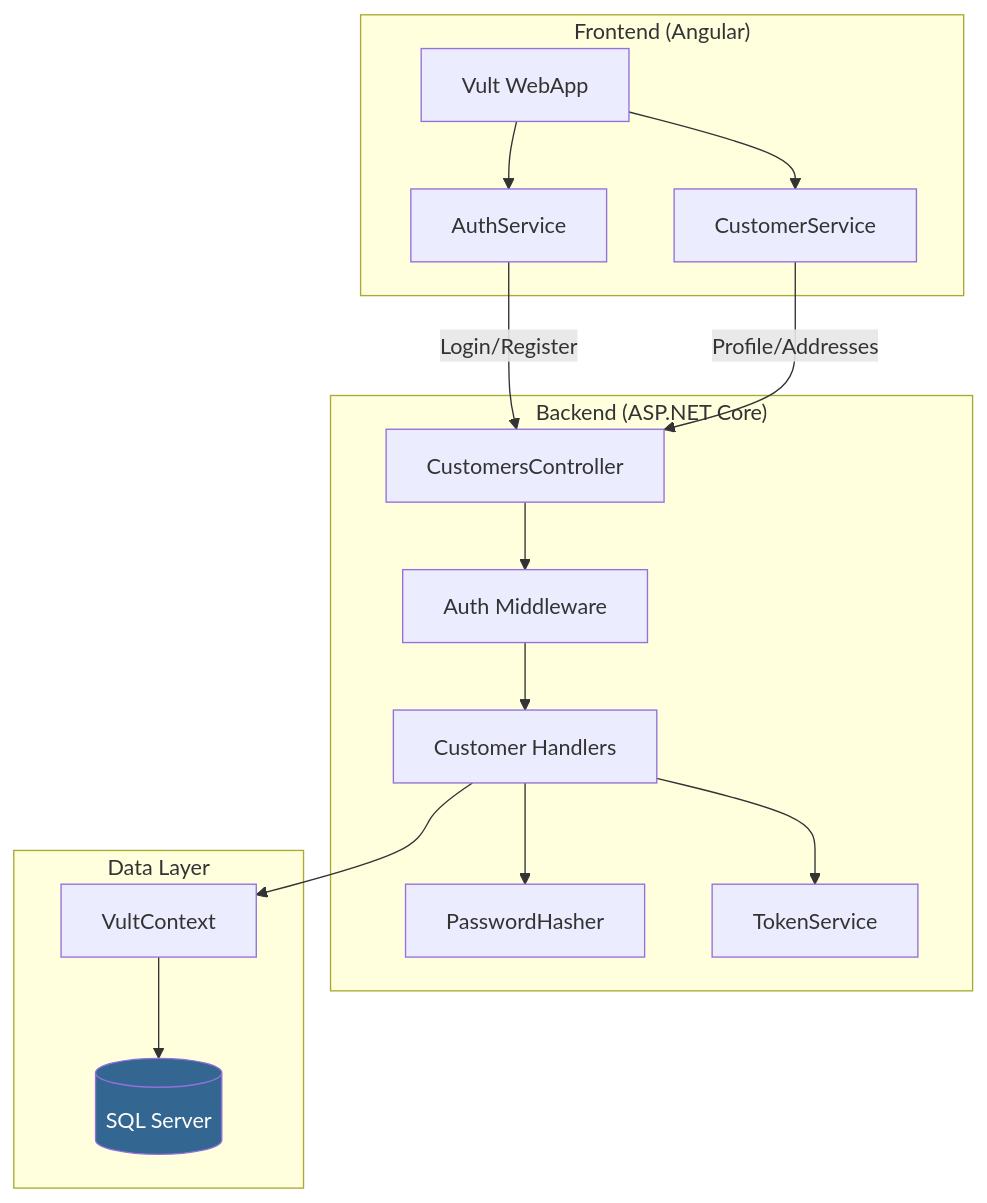
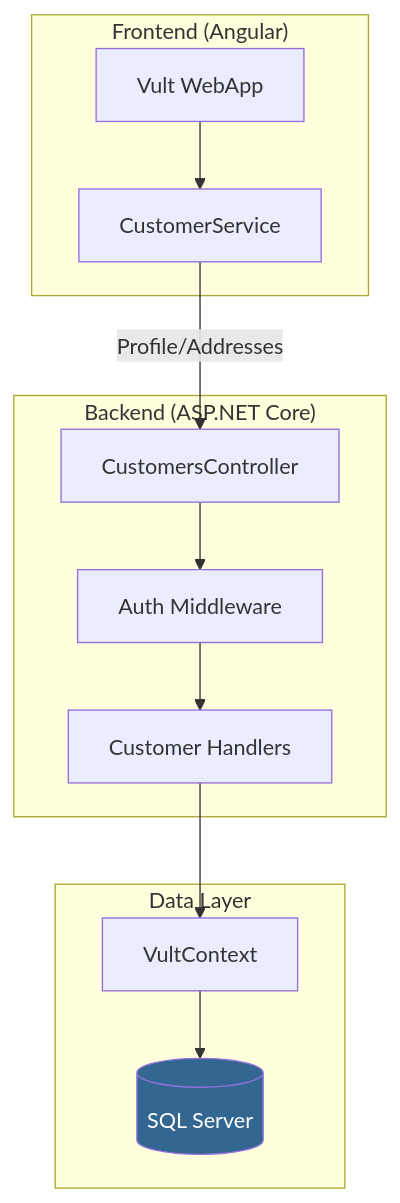
Before and after one commit to QuinntyneBrown/Vult: the ninth of 14 diagrams in docs/specs/customer/02-use-case-diagrams.md, drawn with Mermaid. The commit also changed other lines of this file and 4 other files, not shown here.

````diff
--- a/docs/specs/customer/02-use-case-diagrams.md
+++ b/docs/specs/customer/02-use-case-diagrams.md
@@ -459,36 +273,29 @@
 ```mermaid
 graph TB
     subgraph "Frontend (Angular)"
         FE[Vult WebApp]
-        AS[AuthService]
         CS[CustomerService]
     end
 
     subgraph "Backend (ASP.NET Core)"
         CC[CustomersController]
         MW[Auth Middleware]
         CH[Customer Handlers]
-        PH[PasswordHasher]
-        TS[TokenService]
     end
 
     subgraph "Data Layer"
         DB[(SQL Server)]
         CTX[VultContext]
     end
 
-    FE --> AS
     FE --> CS
-    AS -->|Login/Register| CC
     CS -->|Profile/Addresses| CC
 
     CC --> MW
     MW --> CH
-    CH --> PH
-    CH --> TS
     CH --> CTX
 
     CTX --> DB
 
     style DB fill:#336791,color:#fff
 ```
````
